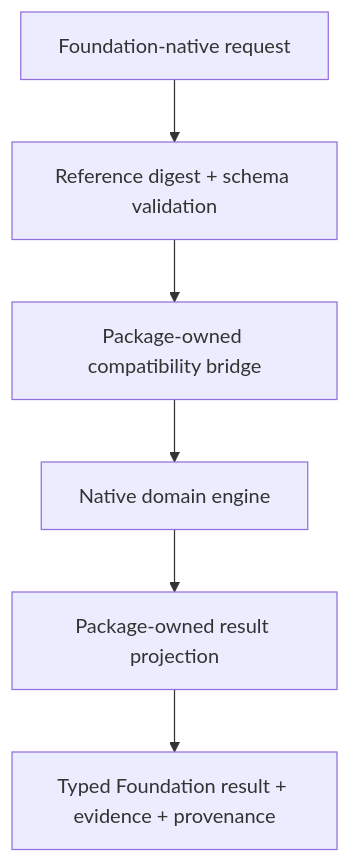
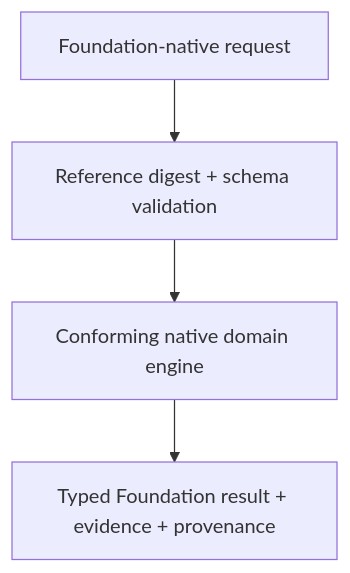
The diagram in INTERFACES.md (1amageek/LogicEngine), drawn with Mermaid before and after one commit. The commit also changed other lines of this file and 63 other files, not shown here.

````diff
--- a/INTERFACES.md
+++ b/INTERFACES.md
@@ -113,8 +113,6 @@
 ```mermaid
 flowchart TD
     Request["Foundation-native request"] --> Verify["Reference digest + schema validation"]
-    Verify --> BridgeIn["Package-owned compatibility bridge"]
-    BridgeIn --> Native["Native domain engine"]
-    Native --> BridgeOut["Package-owned result projection"]
-    BridgeOut --> Result["Typed Foundation result + evidence + provenance"]
+    Verify --> Native["Conforming native domain engine"]
+    Native --> Result["Typed Foundation result + evidence + provenance"]
 ```
````
